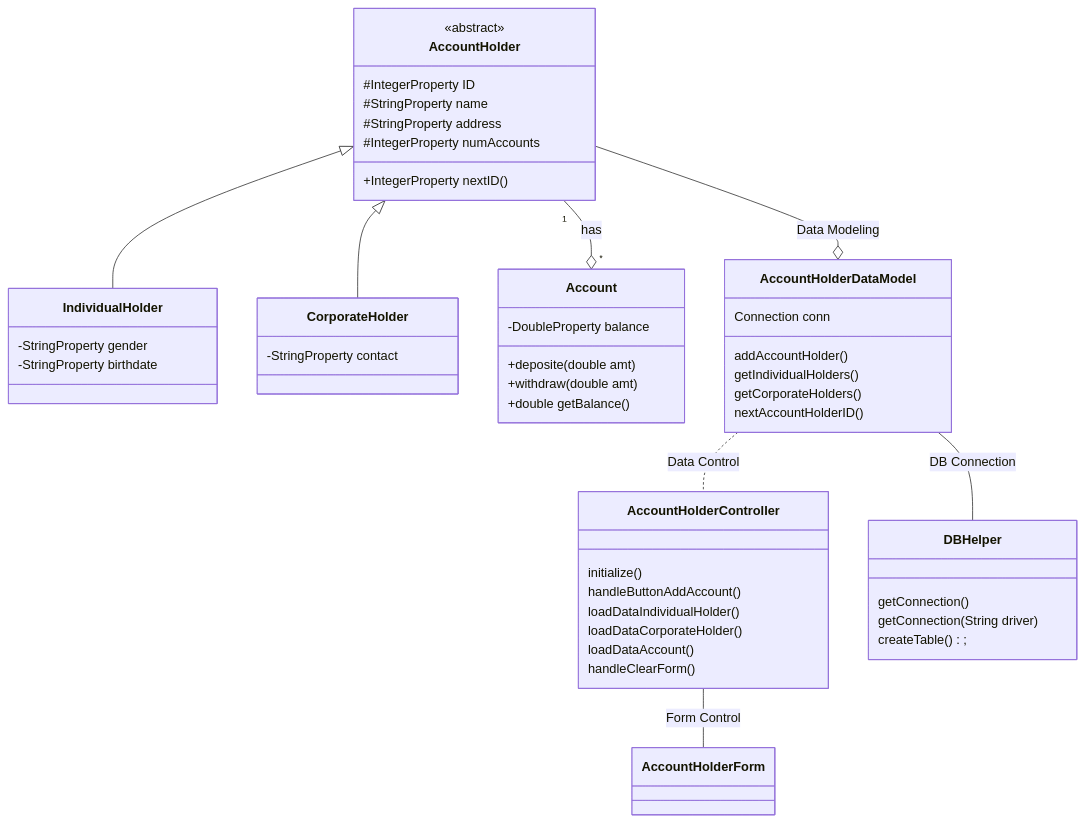
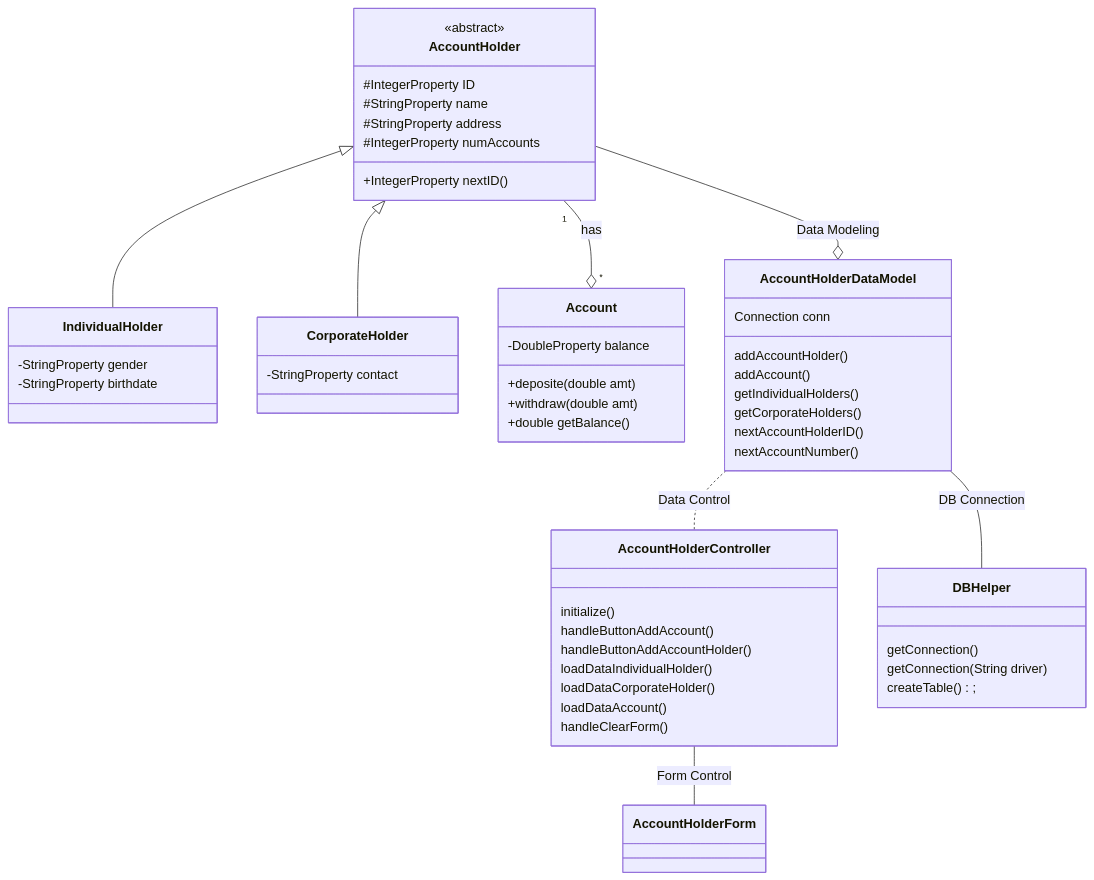
One commit to masrajha/pbo-project changed the third of 3 diagrams in README.md. Above: the diagram before and after it, drawn with Mermaid. The commit also changed 2 other files, not shown here.

````diff
--- a/README.md
+++ b/README.md
@@ -64,57 +64,60 @@
 ```mermaid
 classDiagram
     AccountHolder <|-- IndividualHolder
     AccountHolder <|-- CorporateHolder
     AccountHolder "1"--o"*" Account : has
     AccountHolder --o AccountHolderDataModel : Data Modeling
     AccountHolderDataModel .. AccountHolderController : Data Control
     AccountHolderDataModel -- DBHelper : DB Connection
     AccountHolderController -- AccountHolderForm : Form Control      
 
     class AccountHolder{
       <<abstract>>
       #IntegerProperty ID
       #StringProperty name
       #StringProperty address
       #IntegerProperty numAccounts
       
       +IntegerProperty nextID()
     }
     
     class IndividualHolder{
       -StringProperty gender
       -StringProperty birthdate
     }
     class CorporateHolder{
       -StringProperty contact
     }
     class Account{
       -DoubleProperty balance
       +deposite(double amt)
       +withdraw(double amt)
       +double getBalance()
     }
 
     class AccountHolderDataModel{
         Connection conn
         addAccountHolder()
+        addAccount()
         getIndividualHolders()
         getCorporateHolders()
         nextAccountHolderID()
+        nextAccountNumber()
     }
 
     class AccountHolderController{
         initialize()
         handleButtonAddAccount()
+        handleButtonAddAccountHolder()
         loadDataIndividualHolder()
         loadDataCorporateHolder()
         loadDataAccount()
         handleClearForm()
     }
     class DBHelper{
         getConnection()
         getConnection(String driver)
         createTable();
     }
             
 ```
````
